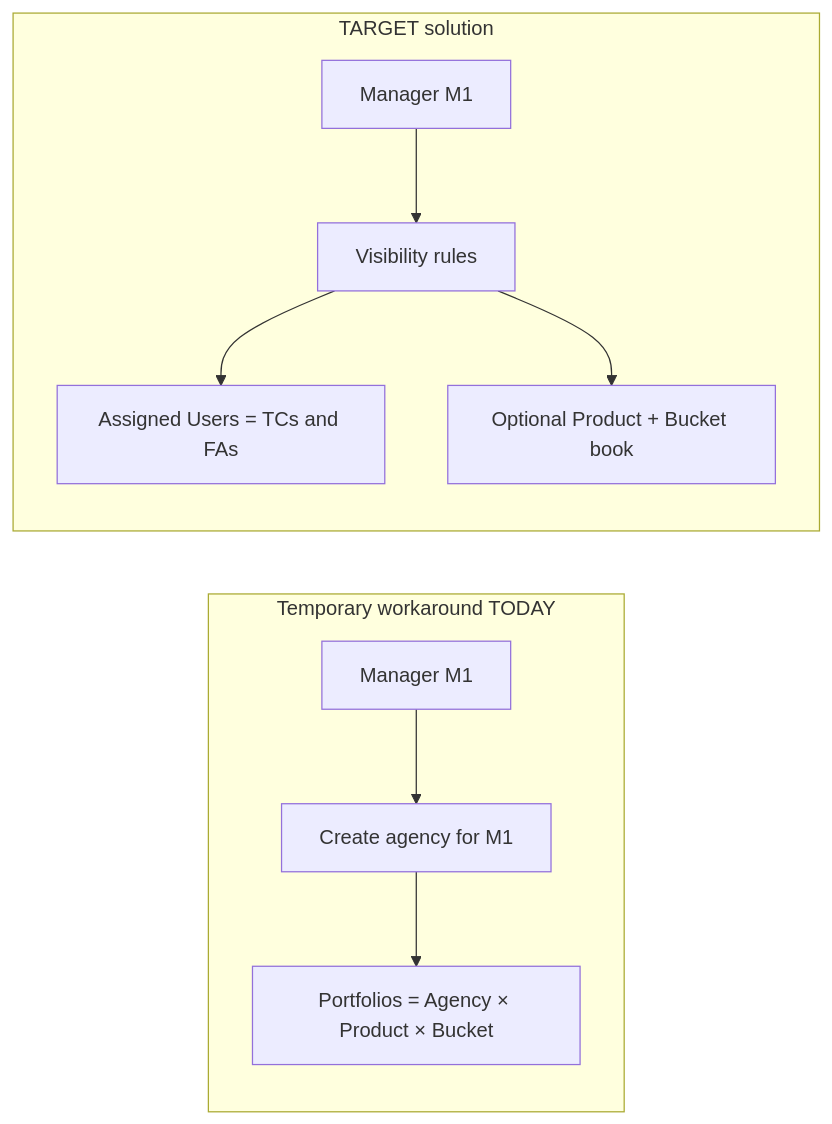
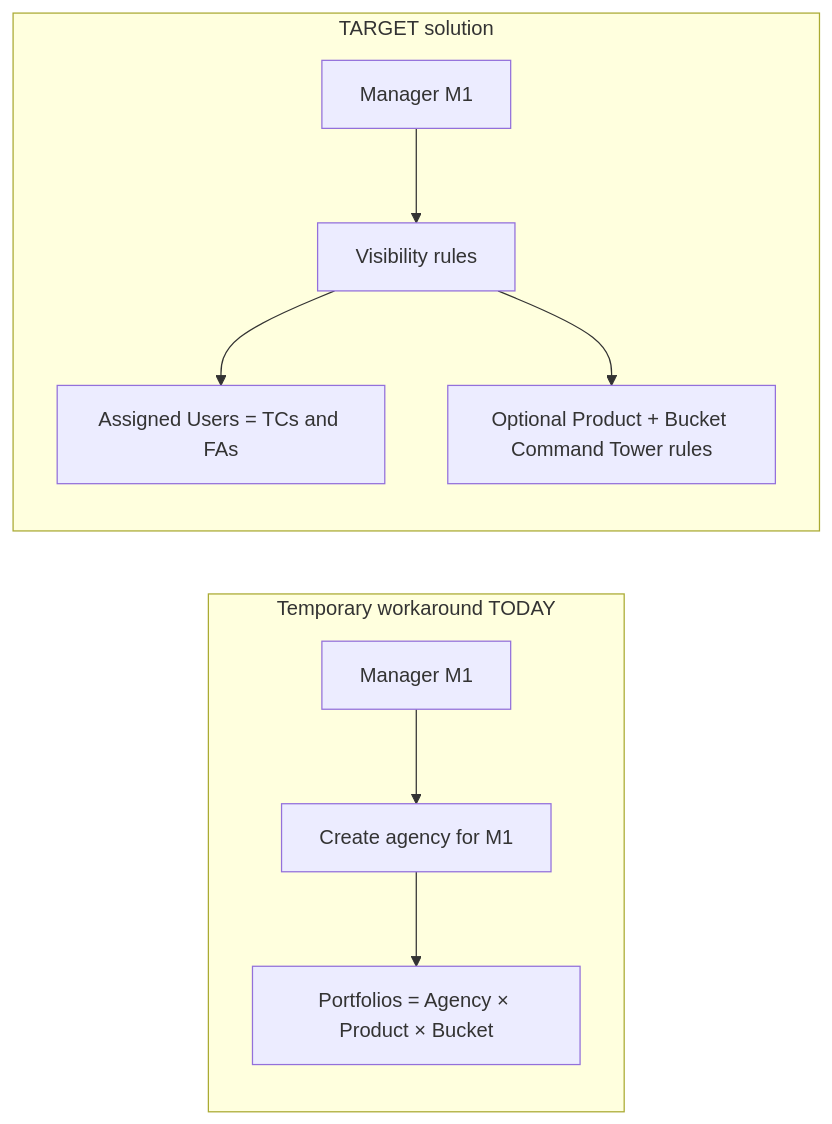
The second of 14 diagrams in Collekto-AuthZ-Visibility-Impact-Understanding.md (shubhamgrayopus/collekto-hierarchy-solution), drawn with Mermaid before and after one commit. The commit also changed other lines of this file and 2 other files, not shown here.

Commit message:
Use Command Tower rules team terminology across the understanding docs.

````diff
--- a/Collekto-AuthZ-Visibility-Impact-Understanding.md
+++ b/Collekto-AuthZ-Visibility-Impact-Understanding.md
@@ -34,18 +34,18 @@
 ```mermaid
 flowchart LR
   subgraph today [Temporary workaround TODAY]
     M1[Manager M1]
     AG[Create agency for M1]
     P[Portfolios = Agency × Product × Bucket]
     M1 --> AG --> P
   end
   subgraph target [TARGET solution]
     M2[Manager M1]
     VR[Visibility rules]
     AU[Assigned Users = TCs and FAs]
-    BR[Optional Product + Bucket book]
+    BR[Optional Product + Bucket Command Tower rules]
     M2 --> VR
     VR --> AU
     VR --> BR
   end
 ```
````
